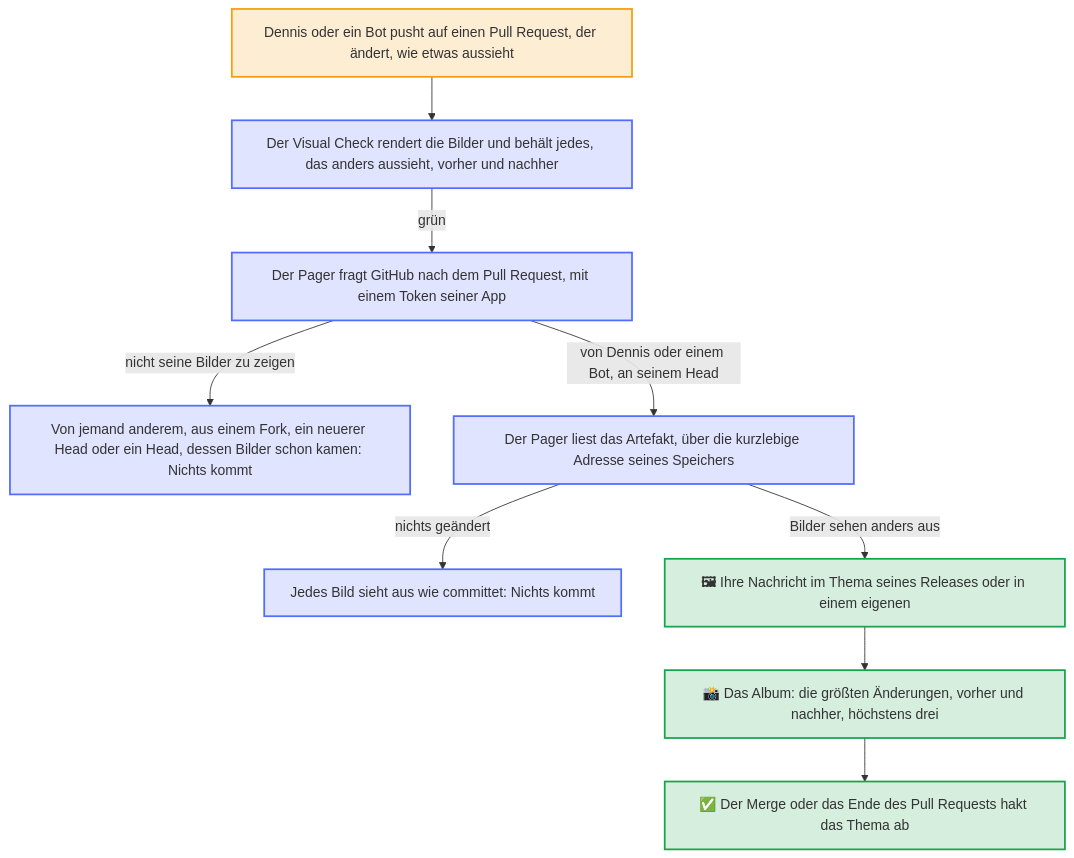
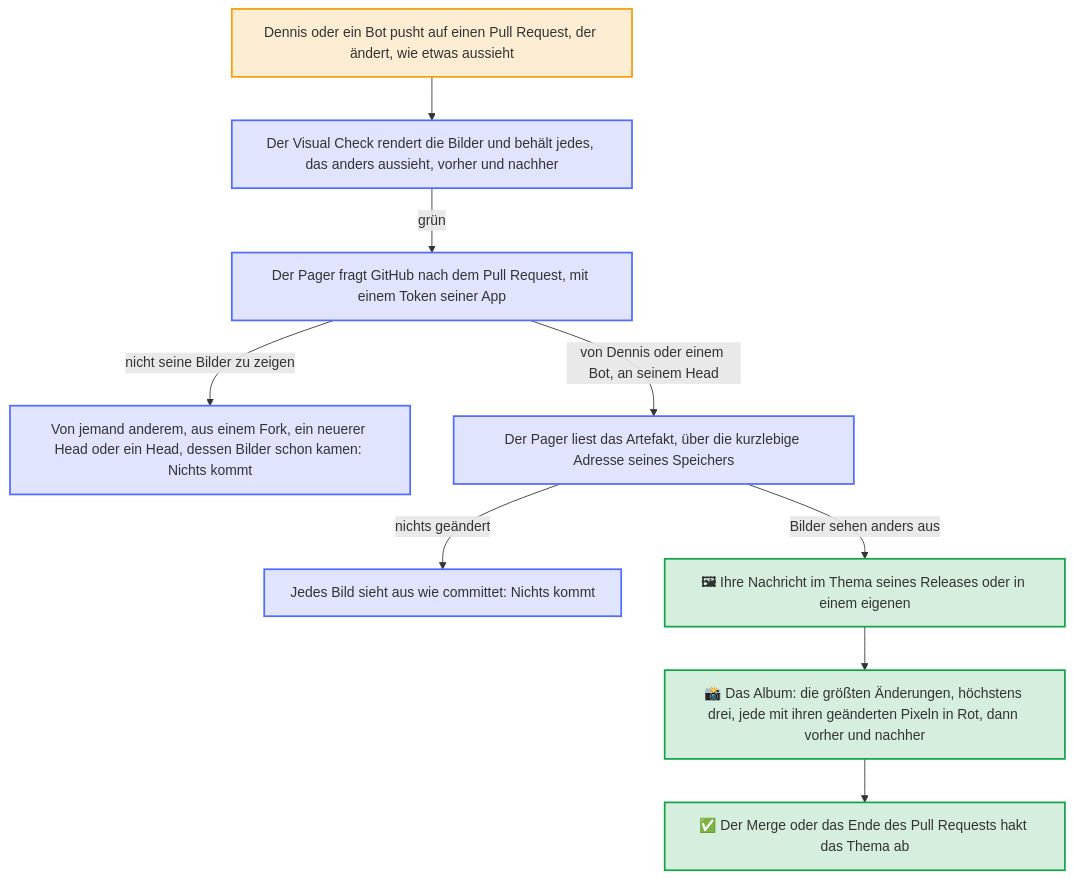
One commit to Dennis-Otto/dennis-otto-pager changed the diagram in docs/diagrams/the-pictures-of-a-visual-change.de.mmd. Above: the diagram before and after it, drawn with Mermaid. The commit also changed 23 other files, not shown here.

First line of the commit message:
fix: the album of a visual change shows the changed pixels in red (#101)

```diff
--- a/docs/diagrams/the-pictures-of-a-visual-change.de.mmd
+++ b/docs/diagrams/the-pictures-of-a-visual-change.de.mmd
@@ -1,32 +1,32 @@
 ---
 config:
   flowchart:
     wrappingWidth: 400
 ---
 flowchart TB
     accTitle: Die Bilder einer sichtbaren Änderung
-    accDescr: Dennis oder ein Bot pusht auf einen Pull Request, der ändert, wie etwas aussieht, und sein Visual Check rendert die Bilder neu und behält jedes, das anders aussieht, in einem Artefakt, vorher und nachher. Ist der Check grün, fragt der Pager GitHub nach dem Pull Request, mit einem Token seiner App. Einer von jemand anderem, aus einem Fork oder einer, der zu einem neueren Head weiterzog, endet dort, ebenso ein Head, dessen Bilder schon kamen. Sonst liest der Pager das Artefakt mit demselben Token, über die kurzlebige Adresse seines Speichers. Sieht jedes Bild aus wie committet, kommt nichts. Sehen welche anders aus, geht ihre Nachricht in das Thema seines Releases oder einer eigenen Sache, und das Album der größten Änderungen folgt, vorher und nachher, höchstens drei Bilder. Der Merge oder das Ende des Pull Requests hakt das Thema ab.
+    accDescr: Dennis oder ein Bot pusht auf einen Pull Request, der ändert, wie etwas aussieht, und sein Visual Check rendert die Bilder neu und behält jedes, das anders aussieht, in einem Artefakt, vorher und nachher. Ist der Check grün, fragt der Pager GitHub nach dem Pull Request, mit einem Token seiner App. Einer von jemand anderem, aus einem Fork oder einer, der zu einem neueren Head weiterzog, endet dort, ebenso ein Head, dessen Bilder schon kamen. Sonst liest der Pager das Artefakt mit demselben Token, über die kurzlebige Adresse seines Speichers. Sieht jedes Bild aus wie committet, kommt nichts. Sehen welche anders aus, geht ihre Nachricht in das Thema seines Releases oder einer eigenen Sache, und das Album der größten Änderungen folgt, höchstens drei Bilder, jedes mit seinen geänderten Pixeln in Rot, wenn der Check sie gezeichnet hat, dann vorher und nachher. Der Merge oder das Ende des Pull Requests hakt das Thema ab.
 
     push["`Dennis oder ein Bot pusht auf einen Pull Request, der ändert, wie etwas aussieht`"]
     check["`Der Visual Check rendert die Bilder und behält jedes, das anders aussieht, vorher und nachher`"]
     ask["Der Pager fragt GitHub nach dem Pull Request, mit einem Token seiner App"]
     stop["`Von jemand anderem, aus einem Fork, ein neuerer Head oder ein Head, dessen Bilder schon kamen: Nichts kommt`"]
     read["`Der Pager liest das Artefakt, über die kurzlebige Adresse seines Speichers`"]
     same["`Jedes Bild sieht aus wie committet: Nichts kommt`"]
     topic["`**🖼** Ihre Nachricht im Thema seines Releases oder in einem eigenen`"]
-    album["`**📸** Das Album: die größten Änderungen, vorher und nachher, höchstens drei`"]
+    album["`**📸** Das Album: die größten Änderungen, höchstens drei, jede mit ihren geänderten Pixeln in Rot, dann vorher und nachher`"]
     done["`**✅** Der Merge oder das Ende des Pull Requests hakt das Thema ab`"]
 
     push --> check
     check -- "grün" --> ask
     ask -- "nicht seine Bilder zu zeigen" --> stop
     ask -- "von Dennis oder einem Bot, an seinem Head" --> read
     read -- "nichts geändert" --> same
     read -- "Bilder sehen anders aus" --> topic --> album --> done
 
     classDef you fill:#f59e0b2e,stroke:#f59e0b,stroke-width:2px
     classDef bot fill:#526cfe2e,stroke:#526cfe,stroke-width:2px
     classDef done fill:#16a34a2e,stroke:#16a34a,stroke-width:2px
     class push you
     class check,ask,stop,read,same bot
     class topic,album,done done
```
